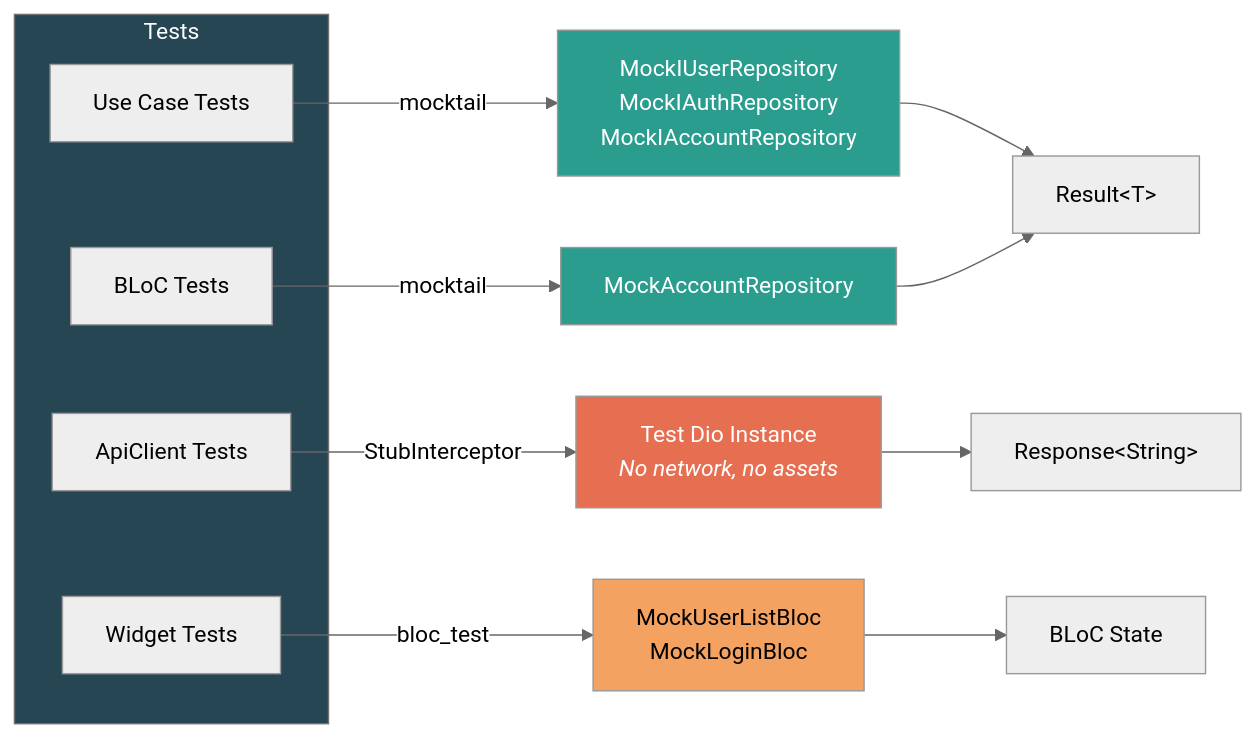
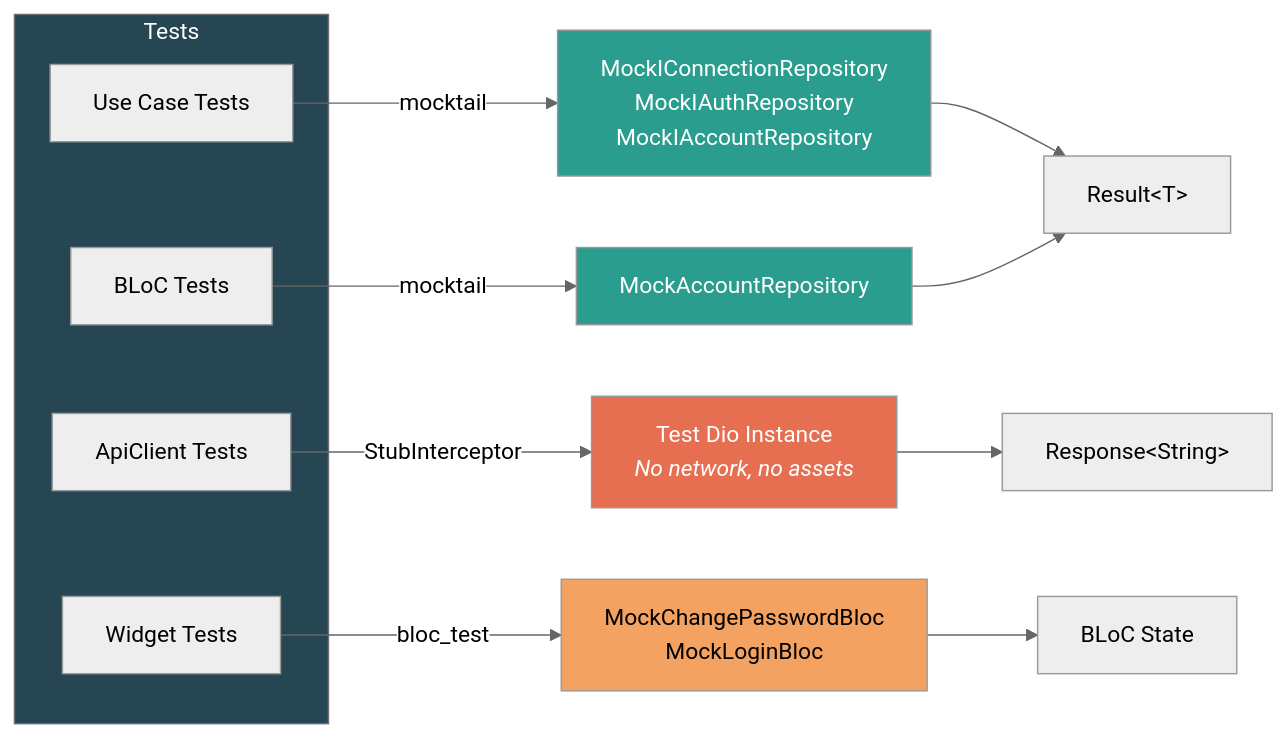
The second of 2 diagrams in docs/mock-architecture.md (libredb/libredb-mobile), drawn with Mermaid (neutral theme) before and after one commit. The commit also changed other lines of this file and 14 other files, not shown here.

````diff
--- a/docs/mock-architecture.md
+++ b/docs/mock-architecture.md
@@ -87,25 +87,25 @@
 ```mermaid
 flowchart LR
     subgraph Tests
         UC_TEST["Use Case Tests"]
         BLOC_TEST["BLoC Tests"]
         API_TEST["ApiClient Tests"]
         WIDGET_TEST["Widget Tests"]
     end
 
-    UC_TEST -- "mocktail" --> MOCK_REPO["MockIUserRepository<br/>MockIAuthRepository<br/>MockIAccountRepository"]
+    UC_TEST -- "mocktail" --> MOCK_REPO["MockIConnectionRepository<br/>MockIAuthRepository<br/>MockIAccountRepository"]
     BLOC_TEST -- "mocktail" --> MOCK_REPO_C["MockAccountRepository"]
     API_TEST -- "StubInterceptor" --> STUB_DIO["Test Dio Instance<br/><i>No network, no assets</i>"]
-    WIDGET_TEST -- "bloc_test" --> MOCK_BLOC["MockUserListBloc<br/>MockLoginBloc"]
+    WIDGET_TEST -- "bloc_test" --> MOCK_BLOC["MockChangePasswordBloc<br/>MockLoginBloc"]
 
     MOCK_REPO --> RESULT_T["Result&lt;T&gt;"]
     MOCK_REPO_C --> RESULT_T
     STUB_DIO --> RESPONSE_T["Response&lt;String&gt;"]
     MOCK_BLOC --> STATE_T["BLoC State"]
 
     style Tests fill:#264653,color:#fff
     style MOCK_REPO fill:#2a9d8f,color:#fff
     style MOCK_REPO_C fill:#2a9d8f,color:#fff
     style STUB_DIO fill:#e76f51,color:#fff
     style MOCK_BLOC fill:#f4a261,color:#000
 ```
````
